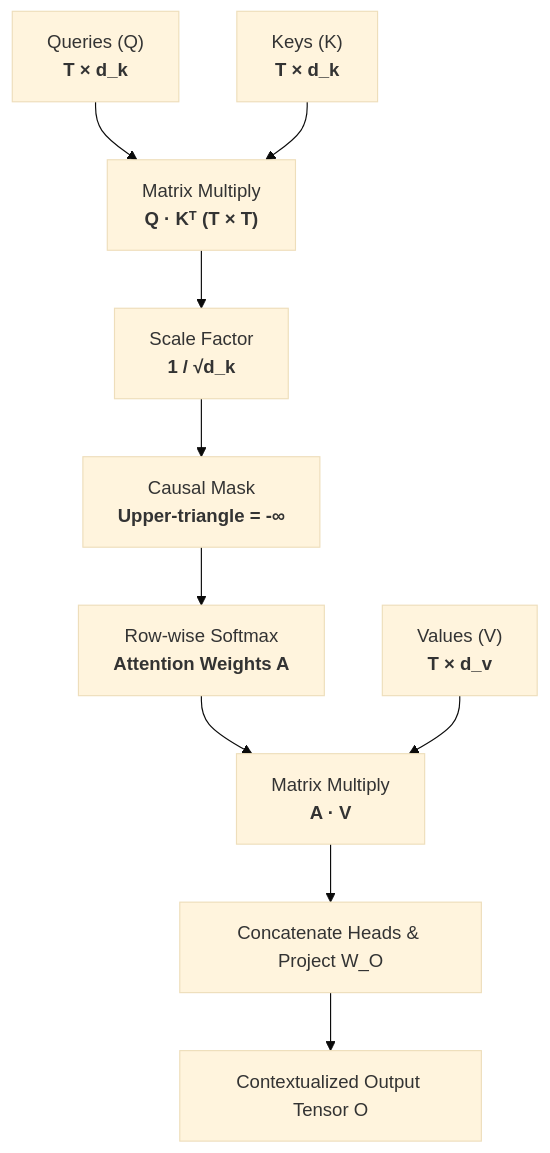
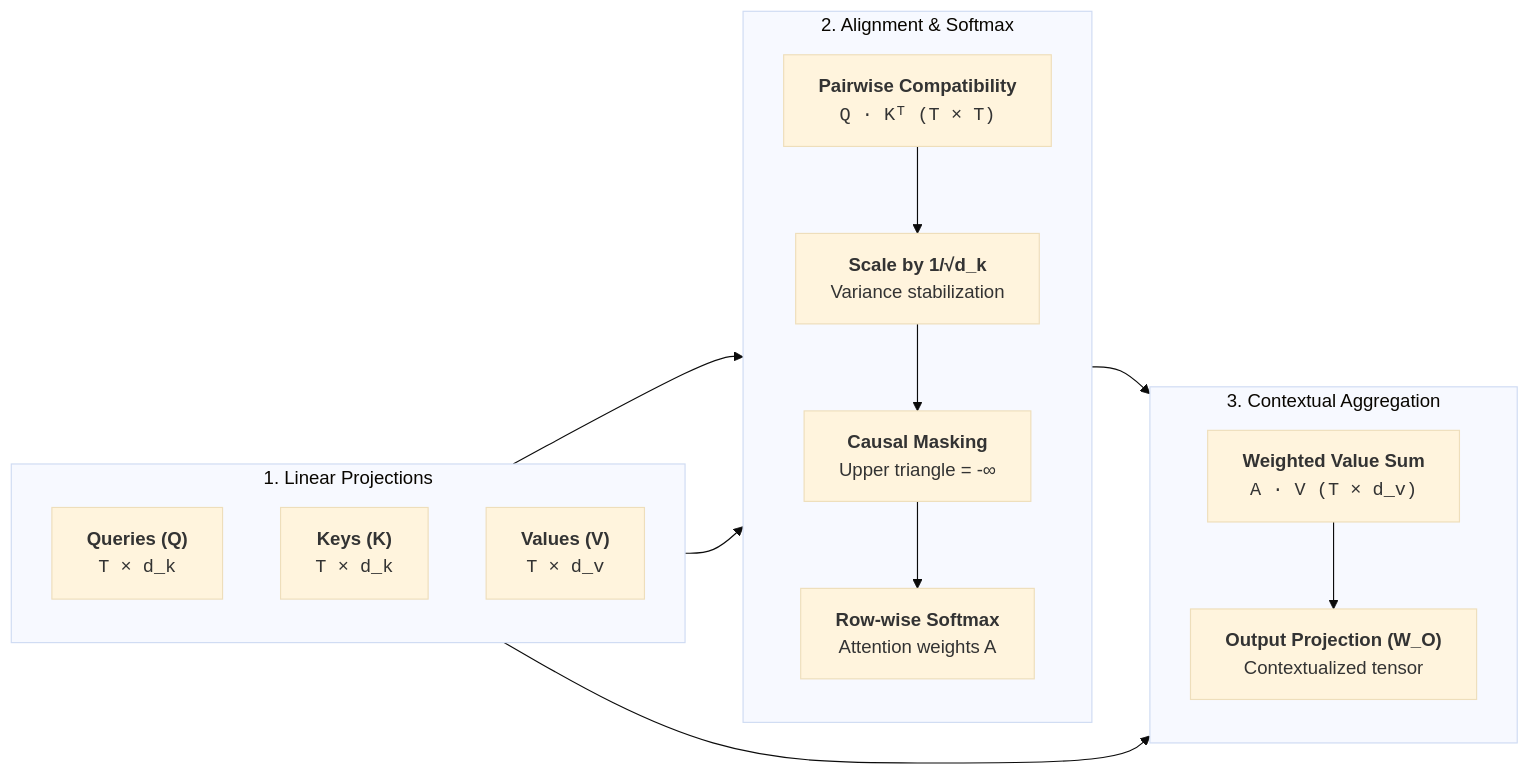
One commit to shotsan/llmnerd changed the diagram in content/foundations/attention_mechanisms.md. Above: the diagram before and after it, drawn with Mermaid (base theme). The commit also changed other lines of this file and 2 other files, not shown here.

Commit message:
docs(attention): upgrade headings, add interactive attention simulator, and refine graduate intuition

````diff
--- a/content/foundations/attention_mechanisms.md
+++ b/content/foundations/attention_mechanisms.md
@@ -28,12 +34,28 @@
 ```mermaid
-flowchart TD
-    Q["Queries (Q)<br/><b>T × d_k</b>"] --> Dot["Matrix Multiply<br/><b>Q · Kᵀ (T × T)</b>"]
-    K["Keys (K)<br/><b>T × d_k</b>"] --> Dot
-    Dot --> Scale["Scale Factor<br/><b>1 / √d_k</b>"]
-    Scale --> Mask["Causal Mask<br/><b>Upper-triangle = -∞</b>"]
-    Mask --> Softmax["Row-wise Softmax<br/><b>Attention Weights A</b>"]
-    Softmax --> MatMulV["Matrix Multiply<br/><b>A · V</b>"]
-    V["Values (V)<br/><b>T × d_v</b>"] --> MatMulV
-    MatMulV --> Head["Concatenate Heads & Project W_O"]
-    Head --> Out["Contextualized Output Tensor O"]
+flowchart LR
+    subgraph S1["1. Linear Projections"]
+        direction TB
+        Q["<b>Queries (Q)</b><br/><code>T × d_k</code>"]
+        K["<b>Keys (K)</b><br/><code>T × d_k</code>"]
+        V["<b>Values (V)</b><br/><code>T × d_v</code>"]
+    end
+
+    subgraph S2["2. Alignment & Softmax"]
+        direction TB
+        Dot["<b>Pairwise Compatibility</b><br/><code>Q · Kᵀ (T × T)</code>"]
+        --> Scale["<b>Scale by 1/√d_k</b><br/>Variance stabilization"]
+        --> Mask["<b>Causal Masking</b><br/>Upper triangle = -∞"]
+        --> Softmax["<b>Row-wise Softmax</b><br/>Attention weights A"]
+    end
+
+    subgraph S3["3. Contextual Aggregation"]
+        direction TB
+        MatMulV["<b>Weighted Value Sum</b><br/><code>A · V (T × d_v)</code>"]
+        --> OutProj["<b>Output Projection (W_O)</b><br/>Contextualized tensor"]
+    end
+
+    Q --> Dot
+    K --> Dot
+    Softmax --> MatMulV
+    V --> MatMulV
 ```
````
